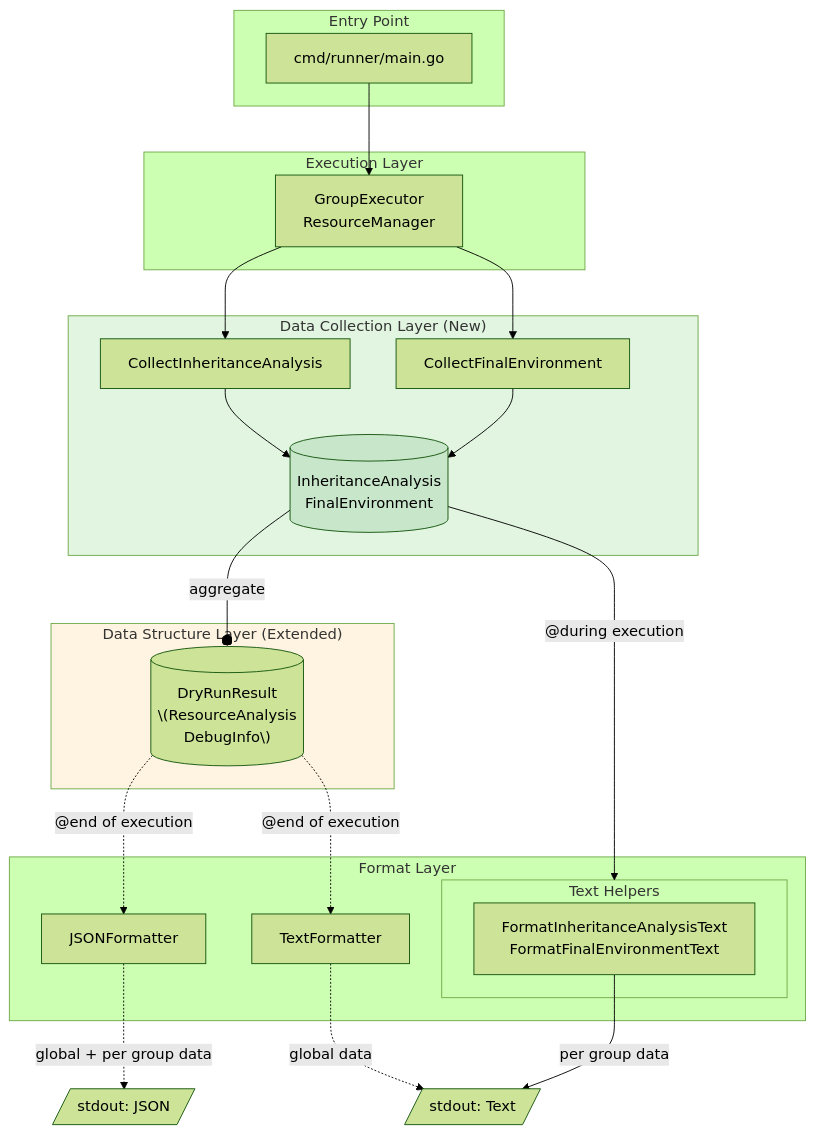
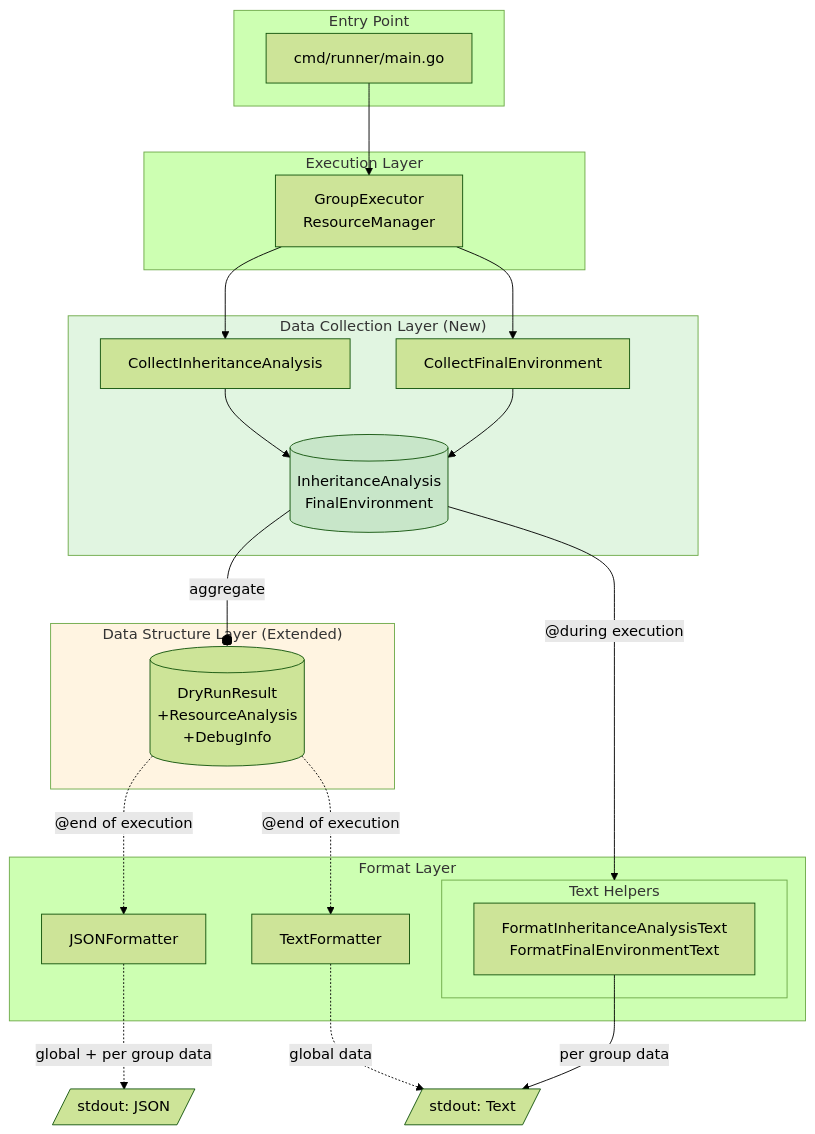
Before and after one commit to isseis/go-safe-cmd-runner: the first of 15 diagrams in docs/tasks/0049_dryrun_debug_json_output/02_architecture.ja.md, drawn with Mermaid (forest theme). The commit also changed other lines of this file and 1 other file, not shown here.

First line of the commit message:
Fix inconsistencies in architecture document

````diff
--- a/docs/tasks/0049_dryrun_debug_json_output/02_architecture.ja.md
+++ b/docs/tasks/0049_dryrun_debug_json_output/02_architecture.ja.md
@@ -63,48 +63,48 @@
 ```mermaid
 graph TB
     subgraph Main["Entry Point"]
         EP[cmd/runner/main.go]
     end
 
     subgraph EL["Execution Layer"]
         GE["GroupExecutor<br>ResourceManager"]
     end
 
     subgraph DCL["Data Collection Layer (New)"]
         DC1[CollectInheritanceAnalysis]
         DC2[CollectFinalEnvironment]
         D1[("InheritanceAnalysis<br>FinalEnvironment")]
     end
 
     subgraph DSL["Data Structure Layer (Extended)"]
-        DS[("DryRunResult<br/>\(ResourceAnalysis<br/>DebugInfo\)")]
+        DS[("DryRunResult<br/>+ResourceAnalysis<br/>+DebugInfo")]
     end
 
     subgraph FL["Format Layer"]
         subgraph TFH["Text Helpers"]
             FH[FormatInheritanceAnalysisText<br/>FormatFinalEnvironmentText]
         end
         FT[TextFormatter]
         FJ[JSONFormatter]
     end
 
     OUT1[/stdout: Text/]
     OUT2[/stdout: JSON/]
 
     EP --> GE
     GE --> DC1
     GE --> DC2
     DC1 --> D1
     DC2 --> D1
     D1 --o|"aggregate"| DS
     DS -.->|"@end of execution"| FJ
     DS -.->|"@end of execution"| FT
     D1 -->|"@during execution"| TFH
     FH --> |per group data|OUT1
     FT -.->|global data| OUT1
     FJ -.->|global + per group data| OUT2
 
     style DCL fill:#e1f5e1
     style DSL fill:#fff4e1
     style D1 fill:#c8e6c9
 ```
````
